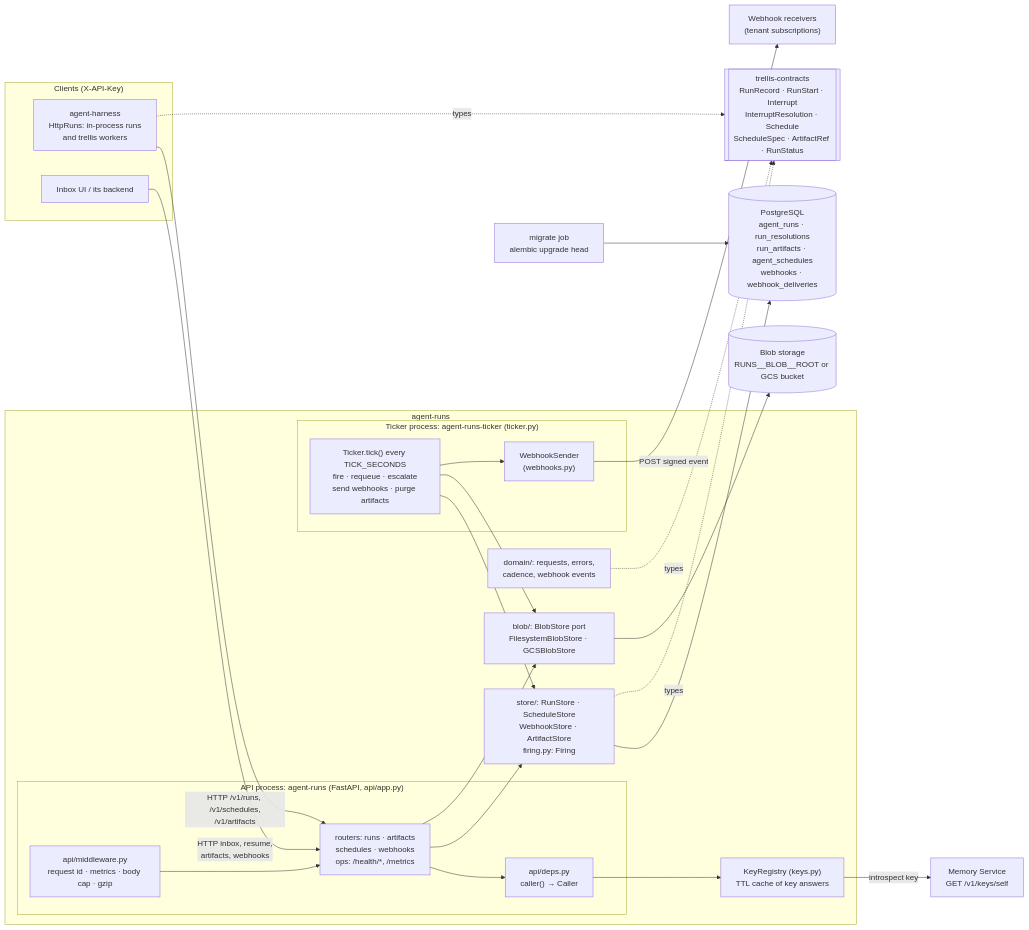
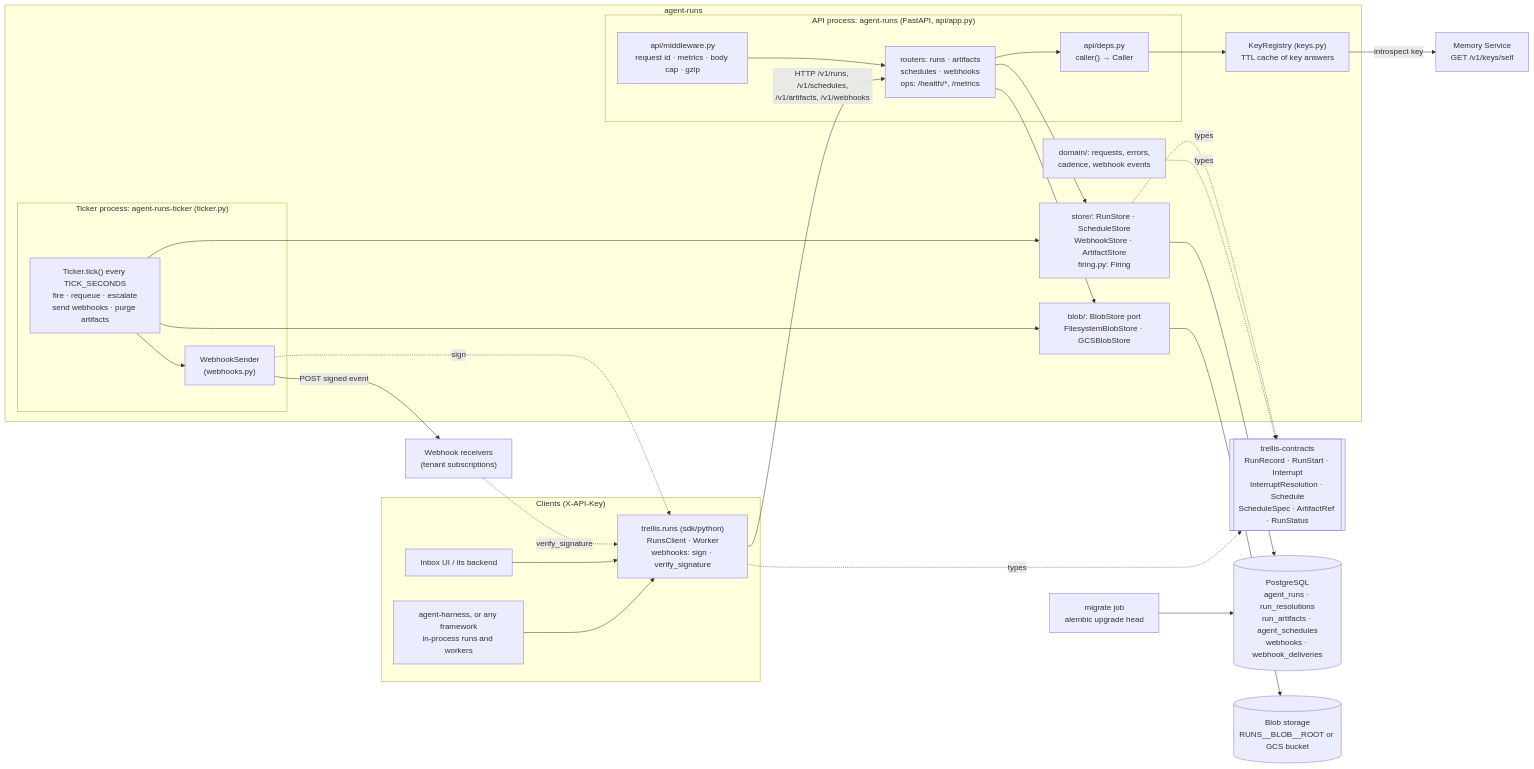
The first of 5 diagrams in docs/ARCHITECTURE.md (amitmohapatra/agent-runs), drawn with Mermaid before and after one commit. The commit also changed other lines of this file and 32 other files, not shown here.

First line of the commit message:
trellis.runs: the Python SDK of agent-runs (trellis-runs 0.3.0), a uv workspace member

````diff
--- a/docs/ARCHITECTURE.md
+++ b/docs/ARCHITECTURE.md
@@ -19,46 +23,50 @@
 ```mermaid
 flowchart LR
   subgraph clients["Clients (X-API-Key)"]
-    harness["agent-harness<br/>HttpRuns: in-process runs<br/>and trellis workers"]
+    harness["agent-harness, or any framework<br/>in-process runs and workers"]
     ui["Inbox UI / its backend"]
+    sdk["trellis.runs (sdk/python)<br/>RunsClient · Worker<br/>webhooks: sign · verify_signature"]
   end
 
   subgraph runs["agent-runs"]
     subgraph api["API process: agent-runs (FastAPI, api/app.py)"]
       deps["api/deps.py<br/>caller() → Caller"]
       mw["api/middleware.py<br/>request id · metrics · body cap · gzip"]
       routers["routers: runs · artifacts<br/>schedules · webhooks<br/>ops: /health/*, /metrics"]
     end
     subgraph tick["Ticker process: agent-runs-ticker (ticker.py)"]
       ticker["Ticker.tick() every TICK_SECONDS<br/>fire · requeue · escalate<br/>send webhooks · purge artifacts"]
       sender["WebhookSender<br/>(webhooks.py)"]
     end
     keys["KeyRegistry (keys.py)<br/>TTL cache of key answers"]
     stores["store/: RunStore · ScheduleStore<br/>WebhookStore · ArtifactStore<br/>firing.py: Firing"]
     domain["domain/: requests, errors,<br/>cadence, webhook events"]
     blobport["blob/: BlobStore port<br/>FilesystemBlobStore · GCSBlobStore"]
   end
 
   contracts[["trellis-contracts<br/>RunRecord · RunStart · Interrupt<br/>InterruptResolution · Schedule<br/>ScheduleSpec · ArtifactRef · RunStatus"]]
   memory["Memory Service<br/>GET /v1/keys/self"]
   pg[("PostgreSQL<br/>agent_runs · run_resolutions<br/>run_artifacts · agent_schedules<br/>webhooks · webhook_deliveries")]
   blob[("Blob storage<br/>RUNS__BLOB__ROOT or GCS bucket")]
   receivers["Webhook receivers<br/>(tenant subscriptions)"]
   migrate["migrate job<br/>alembic upgrade head"]
 
-  harness -- "HTTP /v1/runs, /v1/schedules,<br/>/v1/artifacts" --> routers
-  ui -- "HTTP inbox, resume,<br/>artifacts, webhooks" --> routers
+  harness --> sdk
+  ui --> sdk
+  sdk -- "HTTP /v1/runs, /v1/schedules,<br/>/v1/artifacts, /v1/webhooks" --> routers
   mw --> routers
   routers --> deps --> keys -- "introspect key" --> memory
   routers --> stores
   routers --> blobport
   ticker --> stores
   ticker --> blobport
   ticker --> sender -- "POST signed event" --> receivers
+  sender -. "sign" .-> sdk
+  receivers -. "verify_signature" .-> sdk
   stores --> pg
   blobport --> blob
   migrate --> pg
   domain -. "types" .-> contracts
   stores -. "types" .-> contracts
-  harness -. "types" .-> contracts
+  sdk -. "types" .-> contracts
 ```
````
